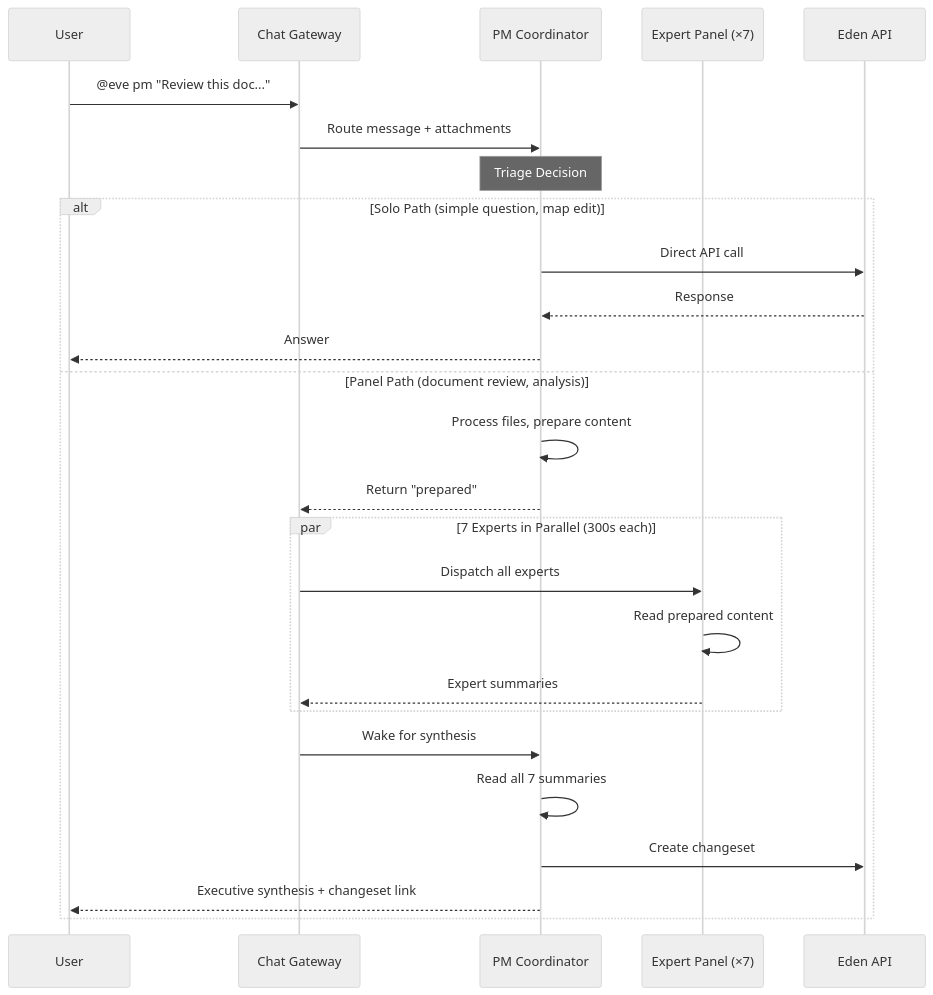
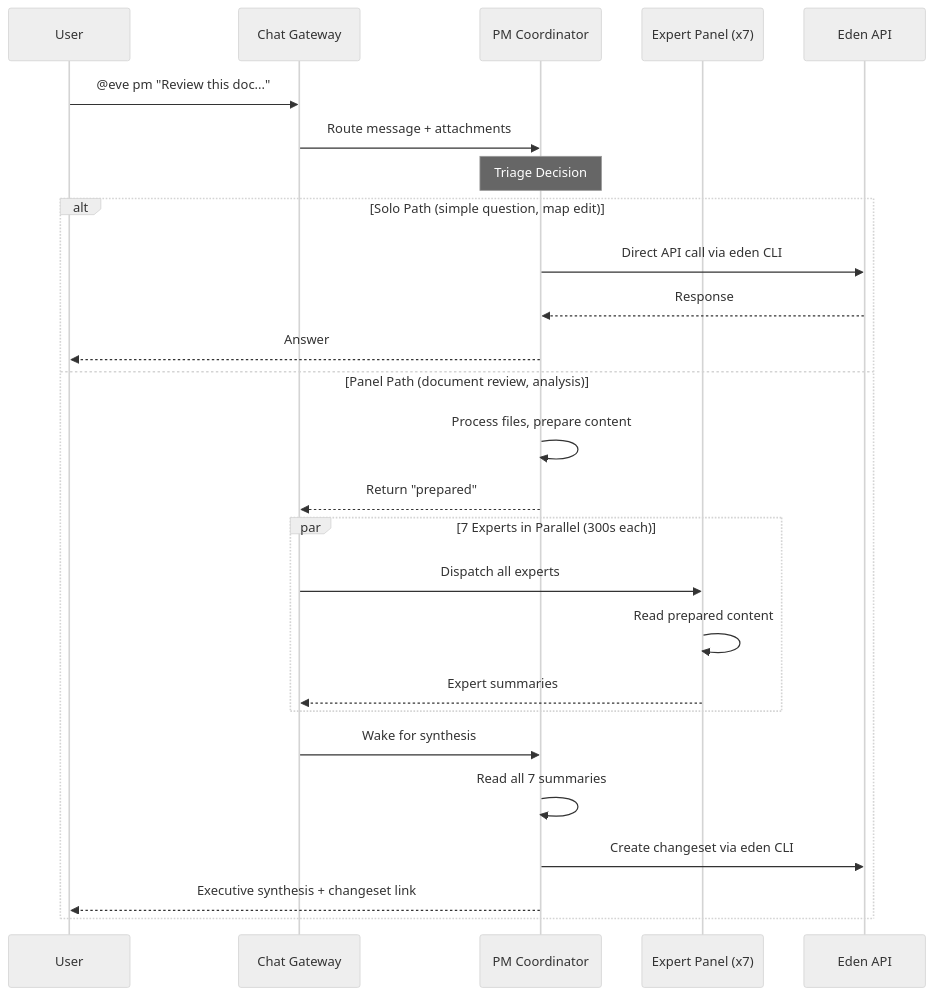
The second of 13 diagrams in ARCHITECTURE.md (eve-horizon/eden), drawn with Mermaid (neutral theme) before and after one commit. The commit also changed other lines of this file and 3 other files, not shown here.

````diff
--- a/ARCHITECTURE.md
+++ b/ARCHITECTURE.md
@@ -68,33 +72,33 @@
 ```mermaid
 sequenceDiagram
     participant User
     participant Gateway as Chat Gateway
     participant PM as PM Coordinator
-    participant Experts as Expert Panel (×7)
+    participant Experts as Expert Panel (x7)
     participant API as Eden API
 
     User->>Gateway: @eve pm "Review this doc..."
     Gateway->>PM: Route message + attachments
 
     Note over PM: Triage Decision
 
     alt Solo Path (simple question, map edit)
-        PM->>API: Direct API call
+        PM->>API: Direct API call via eden CLI
         API-->>PM: Response
         PM-->>User: Answer
     else Panel Path (document review, analysis)
         PM->>PM: Process files, prepare content
         PM-->>Gateway: Return "prepared"
 
         par 7 Experts in Parallel (300s each)
             Gateway->>Experts: Dispatch all experts
             Experts->>Experts: Read prepared content
             Experts-->>Gateway: Expert summaries
         end
 
         Gateway->>PM: Wake for synthesis
         PM->>PM: Read all 7 summaries
-        PM->>API: Create changeset
+        PM->>API: Create changeset via eden CLI
         PM-->>User: Executive synthesis + changeset link
     end
 ```
````
